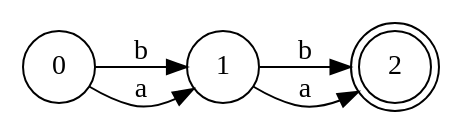
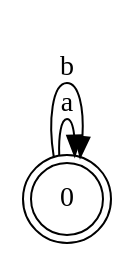
One commit to Jose-Merida-UVG/Compilers-1-CC3071 changed the diagram in out/DFA_regex5.DOT. Above: the diagram before and after it, drawn with Graphviz. The commit also changed 16 other files, not shown here.

```diff
--- a/out/DFA_regex5.DOT
+++ b/out/DFA_regex5.DOT
@@ -1,11 +1,7 @@
 digraph "graph" {
 	rankdir=LR size = "8,5"
 	node[shape=circle]
-	27 [label=0]
-	28 [label=1]
-	29 [label=2][shape=doublecircle]
-	28 -> 29 [label="b"]
-	28 -> 29 [label="a"]
-	27 -> 28 [label="b"]
-	27 -> 28 [label="a"]
+	29 [label=0][shape=doublecircle]
+	29 -> 29 [label="a"]
+	29 -> 29 [label="b"]
 }
```
